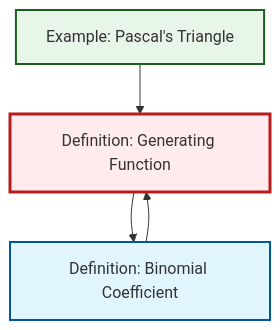
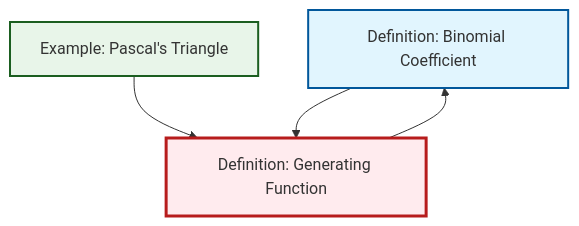
Before and after one commit to RK0429/ModernMath: the diagram in output/mermaid/en/def-generating-function.mermaid, drawn with Mermaid. The commit also changed other lines of this file and 4237 other files, not shown here.

```diff
--- a/output/mermaid/en/def-generating-function.mermaid
+++ b/output/mermaid/en/def-generating-function.mermaid
@@ -1,13 +1,13 @@
 graph TD
     classDef definition fill:#e1f5fe,stroke:#01579b,stroke-width:2px
     classDef theorem fill:#f3e5f5,stroke:#4a148c,stroke-width:2px
     classDef axiom fill:#fff3e0,stroke:#e65100,stroke-width:2px
     classDef example fill:#e8f5e9,stroke:#1b5e20,stroke-width:2px
     classDef current fill:#ffebee,stroke:#b71c1c,stroke-width:3px
+    def-binomial-coefficient["Definition: Binomial Coefficient"]:::definition
     ex-pascals-triangle["Example: Pascal's Triangle"]:::example
-    def-binomial-coefficient["Definition: Binomial Coefficient"]:::definition
     def-generating-function["Definition: Generating Function"]:::definition
+    ex-pascals-triangle --> def-generating-function
+    def-binomial-coefficient --> def-generating-function
     def-generating-function --> def-binomial-coefficient
-    def-binomial-coefficient --> def-generating-function
-    ex-pascals-triangle --> def-generating-function
     class def-generating-function current
```
